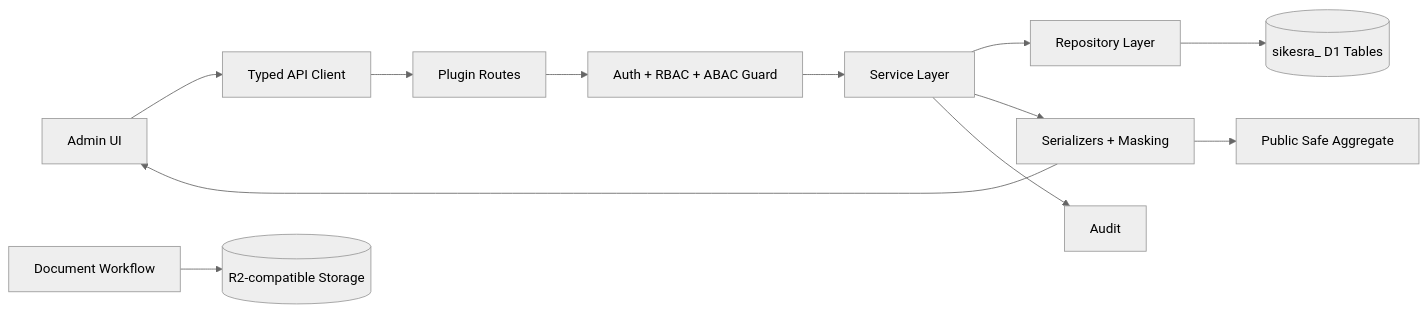
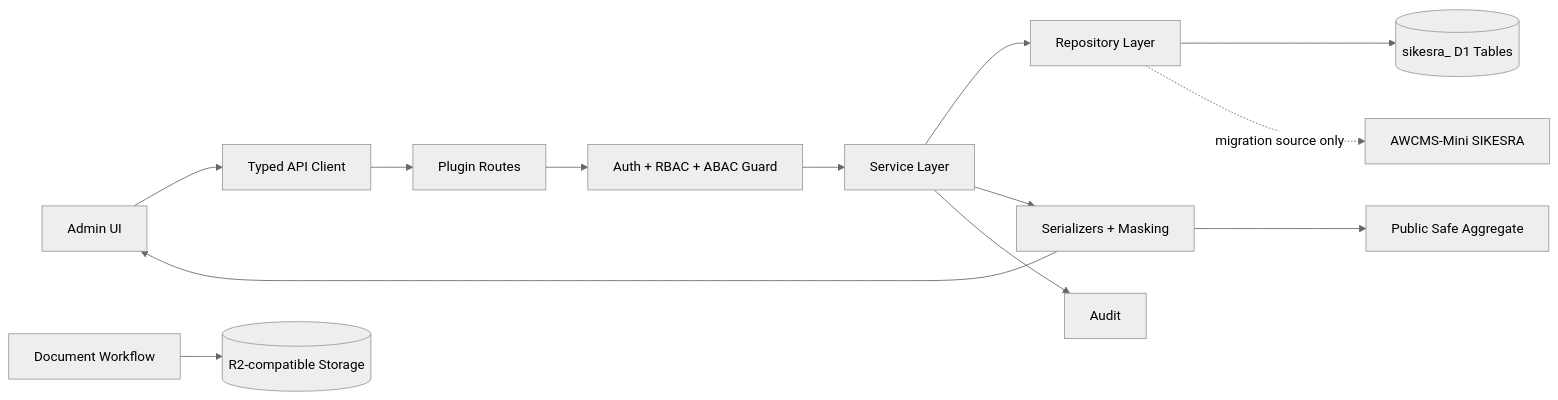
Before and after one commit to ahliweb/awcms-micro: the first of 2 diagrams in awcmsmicro-dev/packages/plugins/awcms-micro-sikesra/docs/TECHNICAL_PRD.md, drawn with Mermaid (neutral theme). The commit also changed other lines of this file and 10 other files, not shown here.

Commit message:
feat: deprecate and freeze AWCMS-Micro SIKESRA plugin; document migration to AWCMS-Mini and update related governance boundaries

````diff
--- a/awcmsmicro-dev/packages/plugins/awcms-micro-sikesra/docs/TECHNICAL_PRD.md
+++ b/awcmsmicro-dev/packages/plugins/awcms-micro-sikesra/docs/TECHNICAL_PRD.md
@@ -30,14 +33,15 @@
 ```mermaid
 flowchart LR
   Admin[Admin UI] --> ApiClient[Typed API Client]
   ApiClient --> Routes[Plugin Routes]
   Routes --> Guard[Auth + RBAC + ABAC Guard]
   Guard --> Services[Service Layer]
   Services --> Repositories[Repository Layer]
   Repositories --> D1[(sikesra_ D1 Tables)]
   Services --> Serializers[Serializers + Masking]
   Serializers --> Admin
   Services --> Audit[Audit]
   Documents[Document Workflow] --> R2[(R2-compatible Storage)]
   Serializers --> Public[Public Safe Aggregate]
+  Repositories -. migration source only .-> Mini[AWCMS-Mini SIKESRA]
 ```
````
